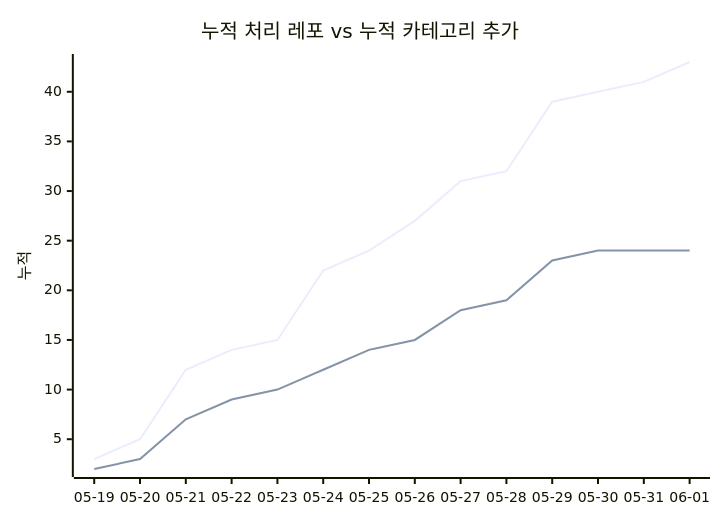
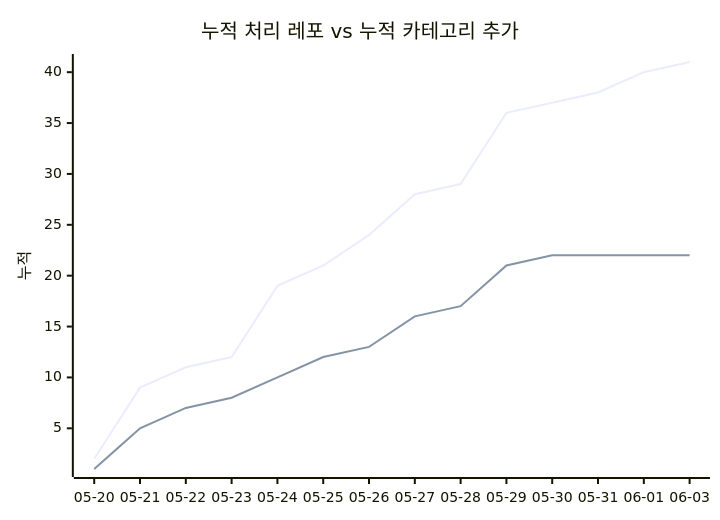
Before and after one commit to J-nowcow/awesome-korean-agent-skills: the second of 2 diagrams in docs/trends.md, drawn with Mermaid. The commit also changed other lines of this file and 2 other files, not shown here.

````diff
--- a/docs/trends.md
+++ b/docs/trends.md
@@ -68,8 +68,8 @@
 ```mermaid
 xychart-beta
     title "누적 처리 레포 vs 누적 카테고리 추가"
-    x-axis ["05-19","05-20","05-21","05-22","05-23","05-24","05-25","05-26","05-27","05-28","05-29","05-30","05-31","06-01"]
+    x-axis ["05-20","05-21","05-22","05-23","05-24","05-25","05-26","05-27","05-28","05-29","05-30","05-31","06-01","06-03"]
     y-axis "누적"
-    line [3,5,12,14,15,22,24,27,31,32,39,40,41,43]
-    line [2,3,7,9,10,12,14,15,18,19,23,24,24,24]
+    line [2,9,11,12,19,21,24,28,29,36,37,38,40,41]
+    line [1,5,7,8,10,12,13,16,17,21,22,22,22,22]
 ```
````
